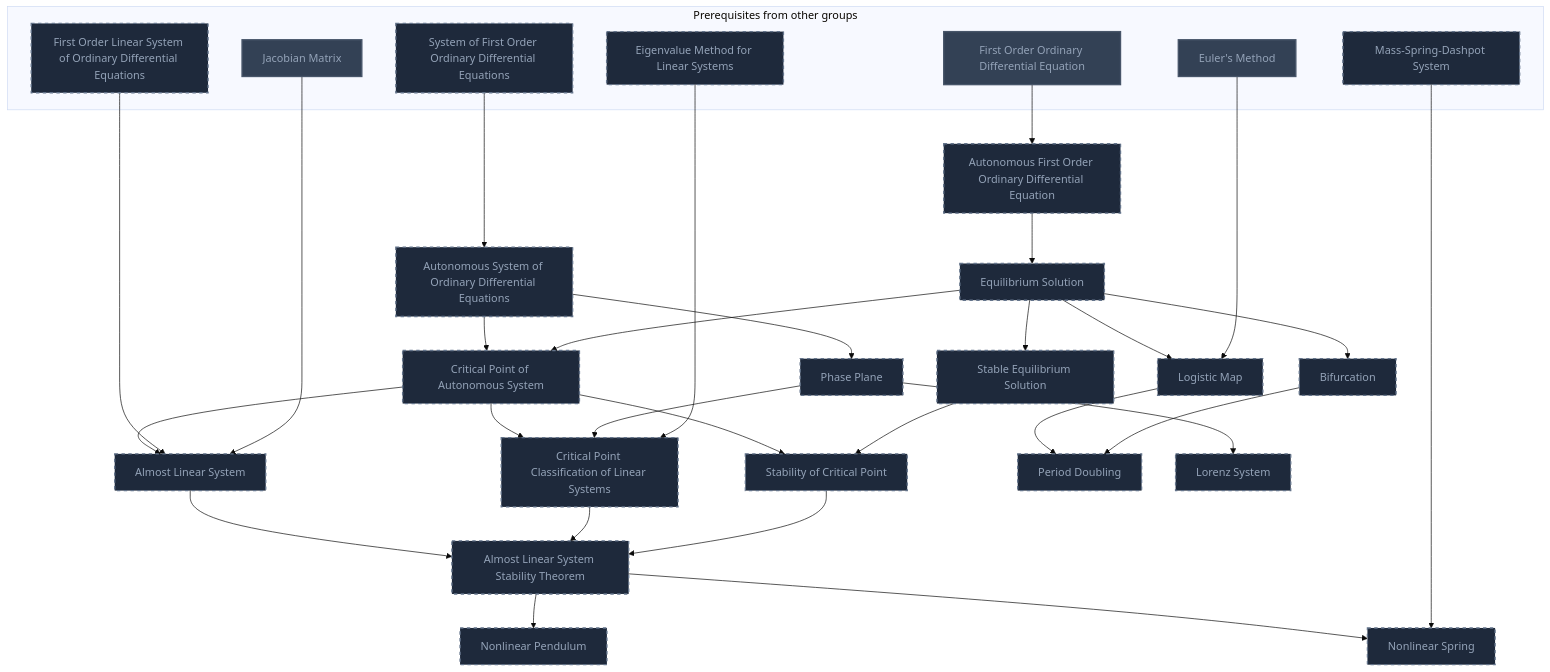
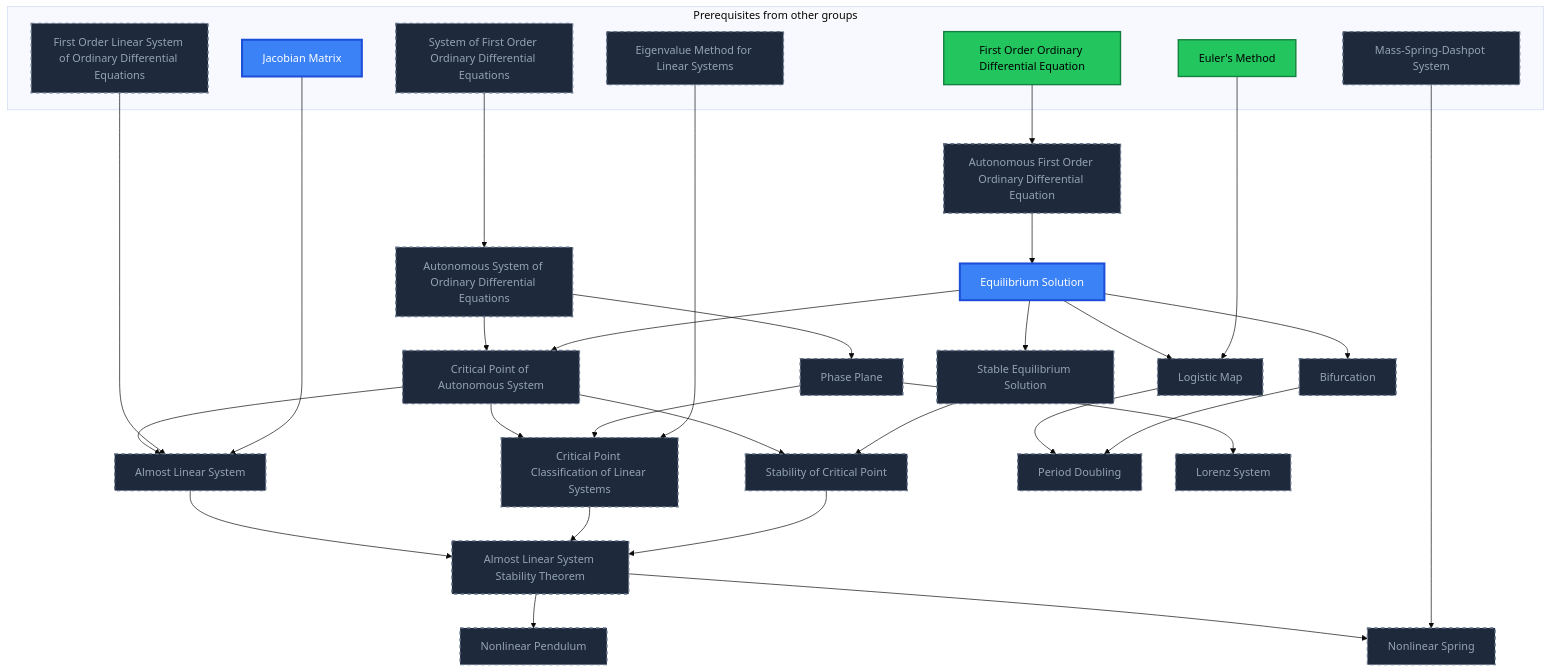
The seventh of 7 diagrams in Gamification/Skill Trees/Ordinary Differential Equations.md (MRauf1/My-Notes), drawn with Mermaid (base theme) before and after one commit. The commit also changed other lines of this file and 145 other files, not shown here.

````diff
--- a/Gamification/Skill Trees/Ordinary Differential Equations.md
+++ b/Gamification/Skill Trees/Ordinary Differential Equations.md
@@ -390,67 +393,68 @@
 ```mermaid
 flowchart TD
     classDef planned fill:#1E293B,stroke:#64748B,stroke-width:2px,stroke-dasharray:5 5,color:#94A3B8;
     classDef locked fill:#334155,stroke:#475569,stroke-width:2px,color:#94A3B8;
     classDef L0 fill:#F1F5F9,stroke:#94A3B8,stroke-width:2px,color:#000000;
     classDef L1 fill:#22C55E,stroke:#15803D,stroke-width:2px,color:#000000;
     classDef L2 fill:#3B82F6,stroke:#1D4ED8,stroke-width:3px,color:#FFFFFF;
     classDef L3 fill:#A855F7,stroke:#6B21A8,stroke-width:3px,color:#FFFFFF,font-weight:bold;
     classDef L4 fill:#F97316,stroke:#C2410C,stroke-width:4px,color:#000000,font-weight:bold;
     classDef L5 fill:#FFD700,stroke:#FF8C00,stroke-width:5px,color:#000000,font-weight:bold;
     classDef rusty stroke:#8B4513,stroke-width:4px,stroke-dasharray:3 3;
     subgraph sg_prereqs["Prerequisites from other groups"]
         n_first_order_ordinary_differential_equation["First Order Ordinary Differential Equation"]
         n_system_of_first_order_ordinary_differential_equations["System of First Order Ordinary Differential Equations"]
         n_eigenvalue_method_for_linear_systems["Eigenvalue Method for Linear Systems"]
         n_jacobian_matrix["Jacobian Matrix"]
         n_first_order_linear_system_of_ordinary_differential_equations["First Order Linear System of Ordinary Differential Equations"]
         n_mass_spring_dashpot_system["Mass-Spring-Dashpot System"]
         n_euler_s_method["Euler's Method"]
     end
     n_autonomous_first_order_ordinary_differential_equation["Autonomous First Order Ordinary Differential Equation"]
     n_equilibrium_solution["Equilibrium Solution"]
     n_stable_equilibrium_solution["Stable Equilibrium Solution"]
     n_bifurcation["Bifurcation"]
     n_autonomous_system_of_ordinary_differential_equations["Autonomous System of Ordinary Differential Equations"]
     n_phase_plane["Phase Plane"]
     n_critical_point_of_autonomous_system["Critical Point of Autonomous System"]
     n_stability_of_critical_point["Stability of Critical Point"]
     n_critical_point_classification_of_linear_systems["Critical Point Classification of Linear Systems"]
     n_almost_linear_system["Almost Linear System"]
     n_almost_linear_system_stability_theorem["Almost Linear System Stability Theorem"]
     n_nonlinear_pendulum["Nonlinear Pendulum"]
     n_nonlinear_spring["Nonlinear Spring"]
     n_logistic_map["Logistic Map"]
     n_period_doubling["Period Doubling"]
     n_lorenz_system["Lorenz System"]
     n_first_order_ordinary_differential_equation --> n_autonomous_first_order_ordinary_differential_equation
     n_autonomous_first_order_ordinary_differential_equation --> n_equilibrium_solution
     n_equilibrium_solution --> n_stable_equilibrium_solution
     n_equilibrium_solution --> n_bifurcation
     n_system_of_first_order_ordinary_differential_equations --> n_autonomous_system_of_ordinary_differential_equations
     n_autonomous_system_of_ordinary_differential_equations --> n_phase_plane
     n_equilibrium_solution --> n_critical_point_of_autonomous_system
     n_autonomous_system_of_ordinary_differential_equations --> n_critical_point_of_autonomous_system
     n_stable_equilibrium_solution --> n_stability_of_critical_point
     n_critical_point_of_autonomous_system --> n_stability_of_critical_point
     n_eigenvalue_method_for_linear_systems --> n_critical_point_classification_of_linear_systems
     n_phase_plane --> n_critical_point_classification_of_linear_systems
     n_critical_point_of_autonomous_system --> n_critical_point_classification_of_linear_systems
     n_jacobian_matrix --> n_almost_linear_system
     n_first_order_linear_system_of_ordinary_differential_equations --> n_almost_linear_system
     n_critical_point_of_autonomous_system --> n_almost_linear_system
     n_stability_of_critical_point --> n_almost_linear_system_stability_theorem
     n_critical_point_classification_of_linear_systems --> n_almost_linear_system_stability_theorem
     n_almost_linear_system --> n_almost_linear_system_stability_theorem
     n_almost_linear_system_stability_theorem --> n_nonlinear_pendulum
     n_mass_spring_dashpot_system --> n_nonlinear_spring
     n_almost_linear_system_stability_theorem --> n_nonlinear_spring
     n_euler_s_method --> n_logistic_map
     n_equilibrium_solution --> n_logistic_map
     n_bifurcation --> n_period_doubling
     n_logistic_map --> n_period_doubling
     n_phase_plane --> n_lorenz_system
-    class n_system_of_first_order_ordinary_differential_equations,n_eigenvalue_method_for_linear_systems,n_first_order_linear_system_of_ordinary_differential_equations,n_mass_spring_dashpot_system,n_autonomous_first_order_ordinary_differential_equation,n_equilibrium_solution,n_stable_equilibrium_solution,n_bifurcation,n_autonomous_system_of_ordinary_differential_equations,n_phase_plane,n_critical_point_of_autonomous_system,n_stability_of_critical_point,n_critical_point_classification_of_linear_systems,n_almost_linear_system,n_almost_linear_system_stability_theorem,n_nonlinear_pendulum,n_nonlinear_spring,n_logistic_map,n_period_doubling,n_lorenz_system planned;
-    class n_first_order_ordinary_differential_equation,n_jacobian_matrix,n_euler_s_method locked;
-    class n_first_order_ordinary_differential_equation,n_jacobian_matrix,n_euler_s_method internal-link;
+    class n_system_of_first_order_ordinary_differential_equations,n_eigenvalue_method_for_linear_systems,n_first_order_linear_system_of_ordinary_differential_equations,n_mass_spring_dashpot_system,n_autonomous_first_order_ordinary_differential_equation,n_stable_equilibrium_solution,n_bifurcation,n_autonomous_system_of_ordinary_differential_equations,n_phase_plane,n_critical_point_of_autonomous_system,n_stability_of_critical_point,n_critical_point_classification_of_linear_systems,n_almost_linear_system,n_almost_linear_system_stability_theorem,n_nonlinear_pendulum,n_nonlinear_spring,n_logistic_map,n_period_doubling,n_lorenz_system planned;
+    class n_first_order_ordinary_differential_equation,n_euler_s_method L1;
+    class n_jacobian_matrix,n_equilibrium_solution L2;
+    class n_first_order_ordinary_differential_equation,n_jacobian_matrix,n_euler_s_method,n_equilibrium_solution internal-link;
 ```
````
